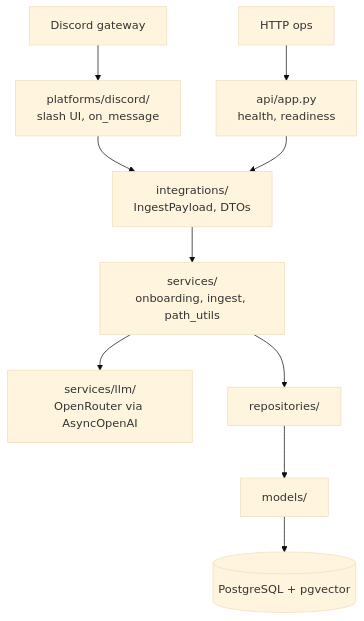
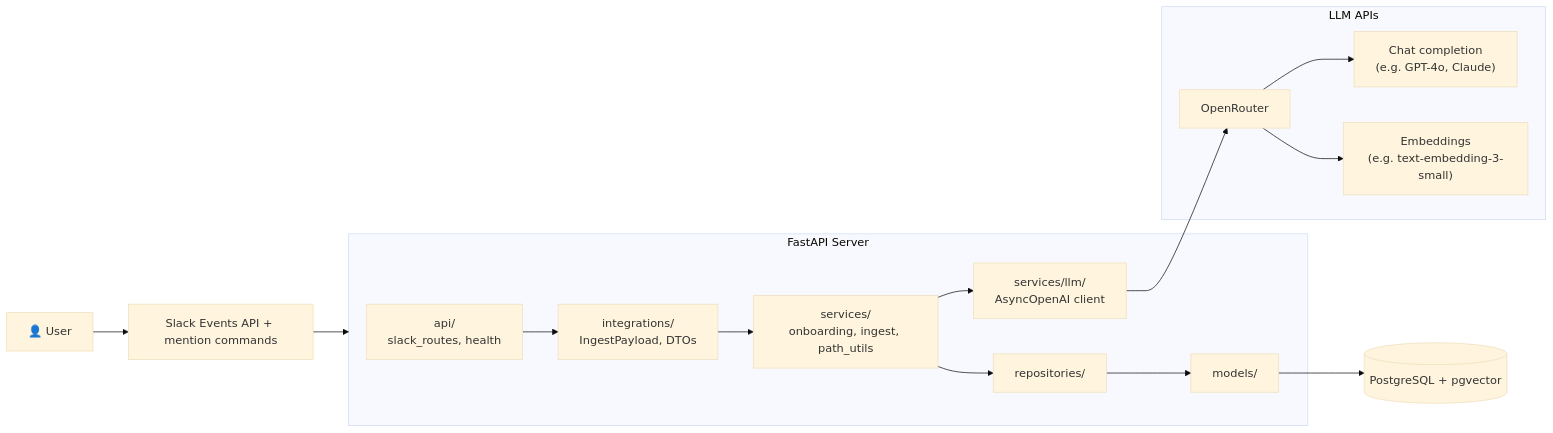
Before and after one commit to forest-fs/forest: the diagram in docs/architecture.md, drawn with Mermaid (base theme). The commit also changed other lines of this file and 47 other files, not shown here.

Commit message:
feat(forest): use slack as default instead of discord

````diff
--- a/docs/architecture.md
+++ b/docs/architecture.md
@@ -12,14 +11,22 @@
 ```mermaid
-flowchart TB
-    Discord[Discord gateway] --> DiscordPlat["platforms/discord/<br/>slash UI, on_message"]
-    HTTP[HTTP ops] --> FastAPI["api/app.py<br/>health, readiness"]
+flowchart LR
+    User["👤 User"] --> Slack[Slack Events API + mention commands] --> FastAPI
 
-    DiscordPlat --> Integrations["integrations/<br/>IngestPayload, DTOs"]
-    FastAPI --> Integrations
+    subgraph FastAPI["FastAPI Server"]
+        API["api/<br/>slack_routes, health"]
+        API --> Integrations["integrations/<br/>IngestPayload, DTOs"]
+        Integrations --> Services["services/<br/>onboarding, ingest, path_utils"]
+        Services --> LLM["services/llm/<br/>AsyncOpenAI client"]
+        Services --> Repos["repositories/"]
+        Repos --> Models["models/"]
+    end
 
-    Integrations --> Services["services/<br/>onboarding, ingest, path_utils"]
-    Services --> LLM["services/llm/<br/>OpenRouter via AsyncOpenAI"]
-    Services --> Repos["repositories/"]
-    Repos --> Models["models/"]
+    LLM --> OpenRouter["OpenRouter"]
+
+    subgraph LLMAPIs["LLM APIs"]
+        OpenRouter --> ChatModel["Chat completion<br/>(e.g. GPT-4o, Claude)"]
+        OpenRouter --> EmbedModel["Embeddings<br/>(e.g. text-embedding-3-small)"]
+    end
+
     Models --> DB[(PostgreSQL + pgvector)]
 ```
````
